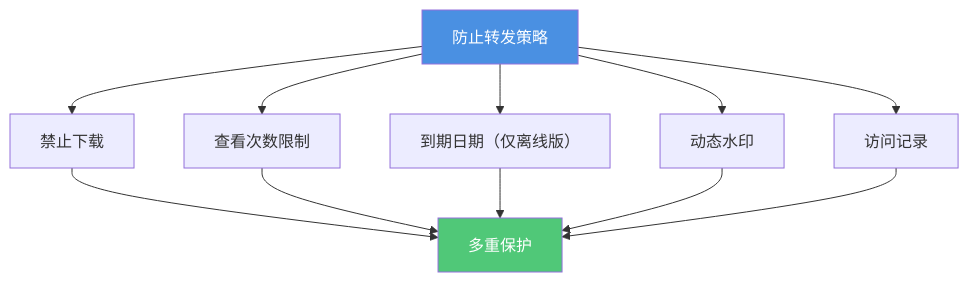
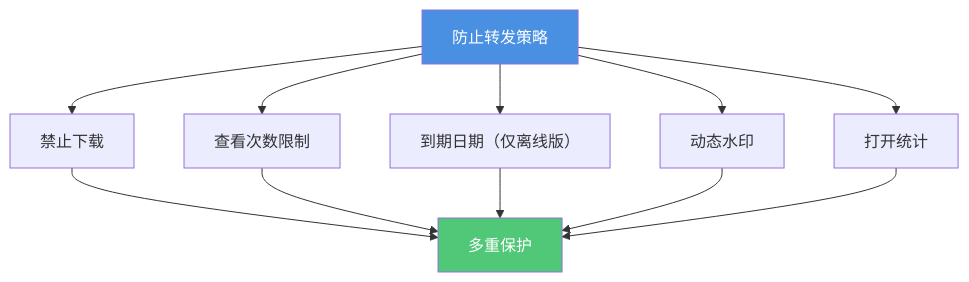
The fifth of 6 diagrams in src/content/blog/cn/pdf-prevent-forwarding-guide.md (mythenigma/cloudflareAstro), drawn with Mermaid before and after one commit. The commit also changed other lines of this file and 353 other files, not shown here.

````diff
--- a/src/content/blog/cn/pdf-prevent-forwarding-guide.md
+++ b/src/content/blog/cn/pdf-prevent-forwarding-guide.md
@@ -240,17 +240,17 @@
 ```mermaid
 graph TD
     A[防止转发策略] --> B[禁止下载]
     A --> C[查看次数限制]
     A --> D[到期日期（仅离线版）]
     A --> E[动态水印]
-    A --> F[访问记录]
+    A --> F[打开统计]
     
     B --> G[多重保护]
     C --> G
     D --> G
     E --> G
     F --> G
     
     style A fill:#4A90E2,color:#fff
     style G fill:#50C878,color:#fff
 ```
````
